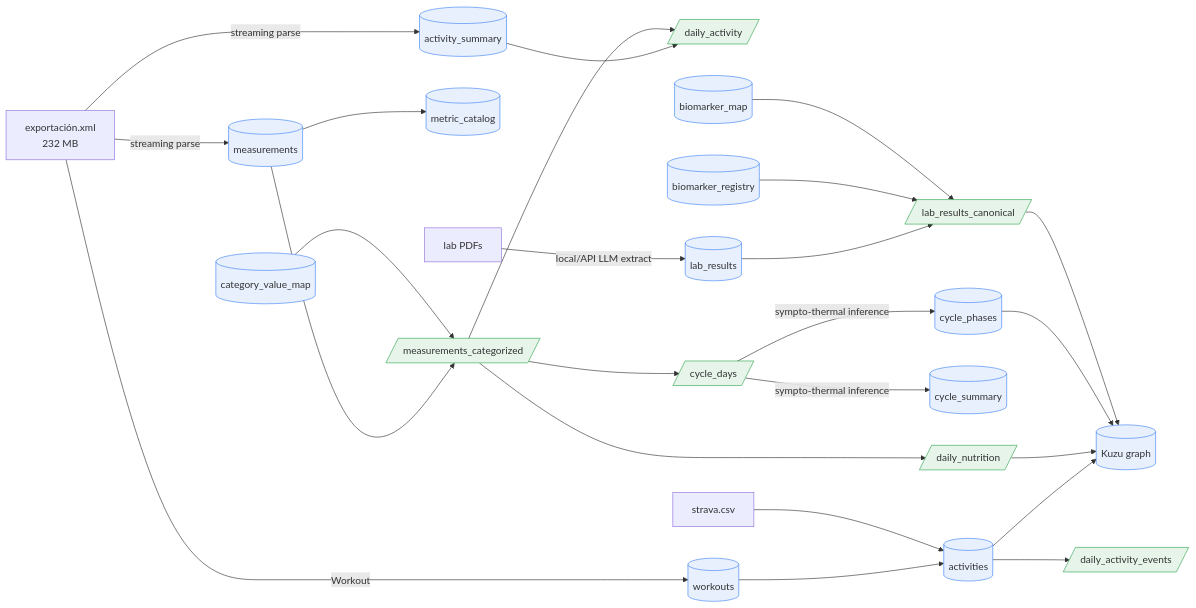
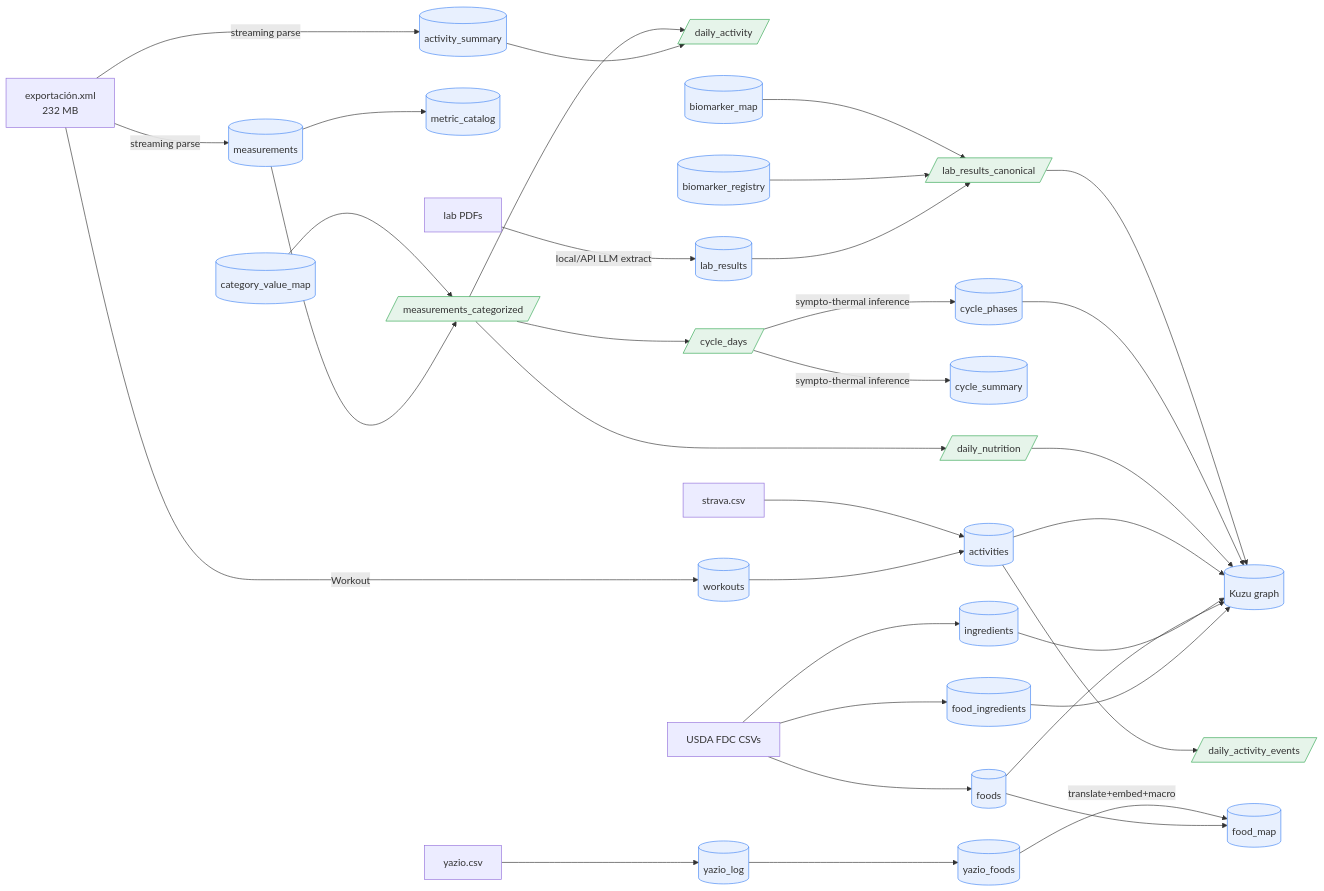
Before and after one commit to verapalotai/syncology: the diagram in docs/schema.md, drawn with Mermaid. The commit also changed other lines of this file and 1 other file, not shown here.

Commit message:
docs: document food/nutrition layer in data dictionary; note workouts

````diff
--- a/docs/schema.md
+++ b/docs/schema.md
@@ -27,34 +27,44 @@
 ```mermaid
 flowchart LR
   XML[exportación.xml\n232 MB] -->|streaming parse| M[(measurements)]
   XML -->|streaming parse| AS[(activity_summary)]
   M --> MC[(metric_catalog)]
   CVM[(category_value_map)] --> CAT[/measurements_categorized/]
   M --> CAT
   CAT --> DA[/daily_activity/]
   AS --> DA
   CAT --> DN[/daily_nutrition/]
   CAT --> CD[/cycle_days/]
   CD -->|sympto-thermal inference| CP[(cycle_phases)]
   CD -->|sympto-thermal inference| CS[(cycle_summary)]
 
   PDF[lab PDFs] -->|local/API LLM extract| LR[(lab_results)]
   BM[(biomarker_map)] --> LC[/lab_results_canonical/]
   BR[(biomarker_registry)] --> LC
   LR --> LC
 
   STV[strava.csv] --> ACT[(activities)]
   XML -->|Workout| WK[(workouts)]
   WK --> ACT
   ACT --> DAE[/daily_activity_events/]
 
+  FDC[USDA FDC CSVs] --> FD[(foods)]
+  FDC --> ING[(ingredients)]
+  FDC --> FI[(food_ingredients)]
+  YZ[yazio.csv] --> YL[(yazio_log)] --> YF[(yazio_foods)]
+  YF -->|translate+embed+macro| FM[(food_map)]
+  FD --> FM
+
   LC --> KG[(Kuzu graph)]
   CP --> KG
   DN --> KG
   ACT --> KG
+  FD --> KG
+  ING --> KG
+  FI --> KG
 
   classDef tbl fill:#e8f0fe,stroke:#4285f4;
   classDef view fill:#e6f4ea,stroke:#34a853;
-  class M,AS,MC,CVM,CP,CS,LR,BM,BR,WK,ACT,KG tbl;
+  class M,AS,MC,CVM,CP,CS,LR,BM,BR,WK,ACT,FD,ING,FI,YL,YF,FM,KG tbl;
   class CAT,DA,DN,CD,LC,DAE view;
 ```
````
